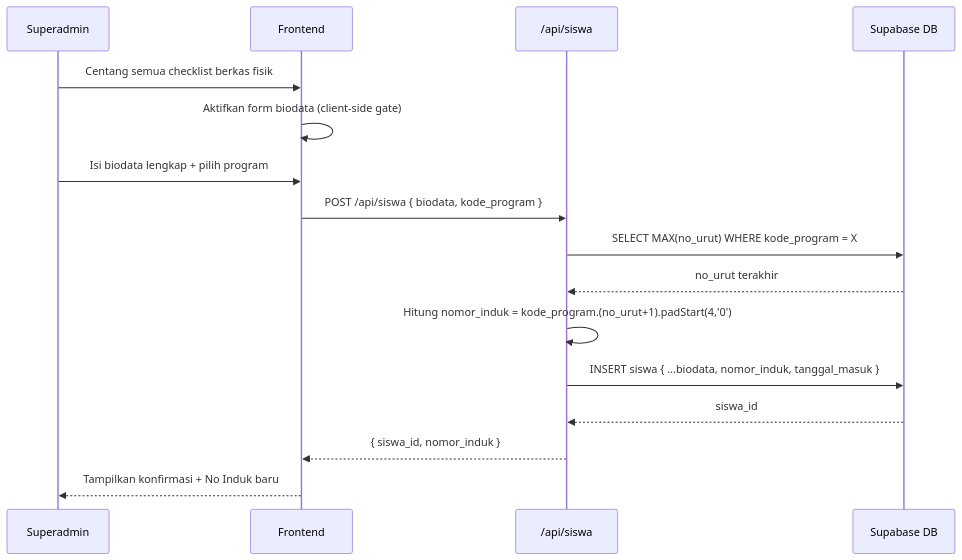
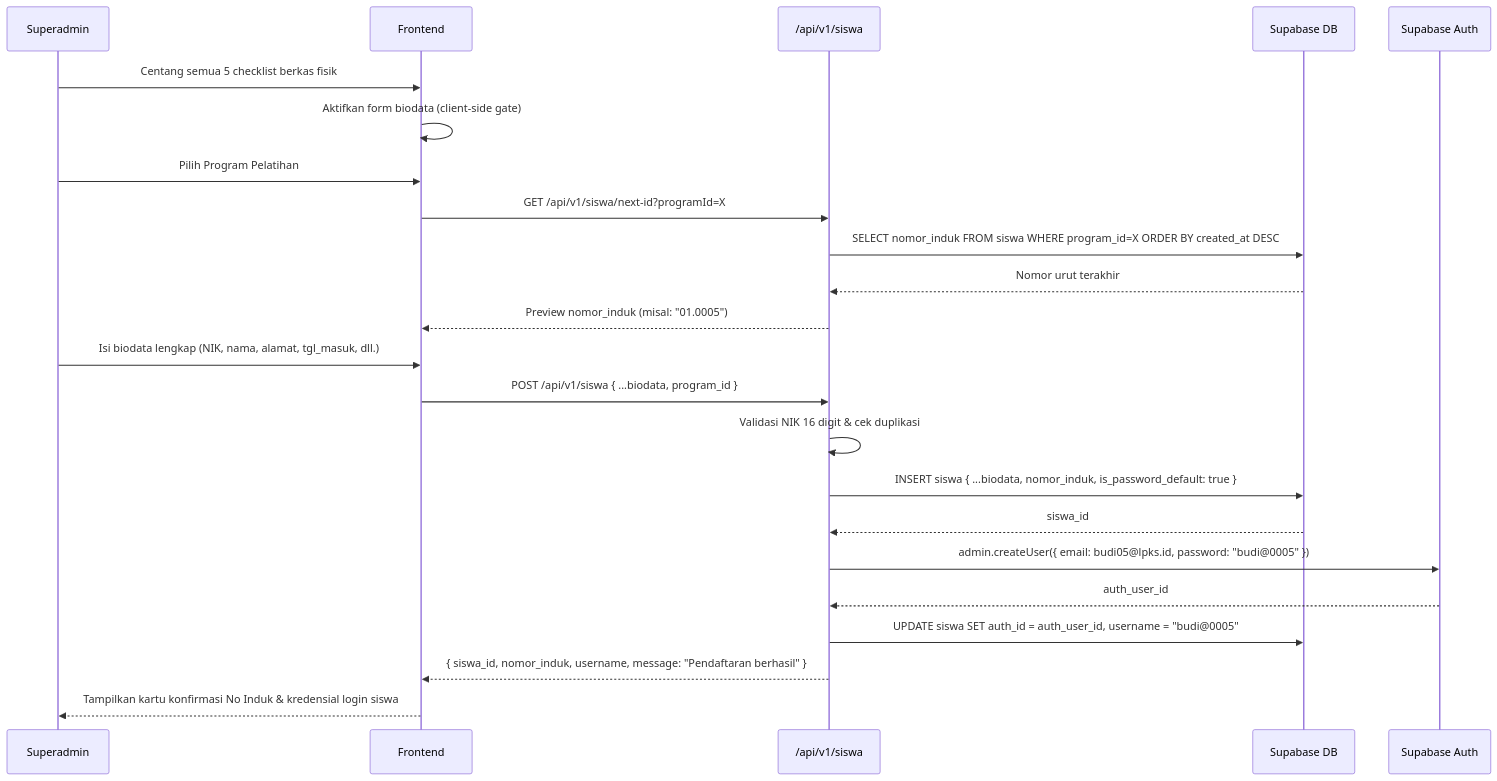
The third of 8 diagrams in docs/design/arsitektur.md (Fawwzrf/lpks_system), drawn with Mermaid before and after one commit. The commit also changed other lines of this file and 23 other files, not shown here.

Commit message:
docs: update all documentation for v1 architecture and untrack graphify-out

````diff
--- a/docs/design/arsitektur.md
+++ b/docs/design/arsitektur.md
@@ -234,19 +274,26 @@
 ```mermaid
 sequenceDiagram
     participant SA as Superadmin
     participant FE as Frontend
-    participant API as /api/siswa
+    participant API as /api/v1/siswa
     participant DB as Supabase DB
+    participant Auth as Supabase Auth
 
-    SA->>FE: Centang semua checklist berkas fisik
+    SA->>FE: Centang semua 5 checklist berkas fisik
     FE->>FE: Aktifkan form biodata (client-side gate)
-    SA->>FE: Isi biodata lengkap + pilih program
-    FE->>API: POST /api/siswa { biodata, kode_program }
-    API->>DB: SELECT MAX(no_urut) WHERE kode_program = X
-    DB-->>API: no_urut terakhir
-    API->>API: Hitung nomor_induk = kode_program.(no_urut+1).padStart(4,'0')
-    API->>DB: INSERT siswa { ...biodata, nomor_induk, tanggal_masuk }
+    SA->>FE: Pilih Program Pelatihan
+    FE->>API: GET /api/v1/siswa/next-id?programId=X
+    API->>DB: SELECT nomor_induk FROM siswa WHERE program_id=X ORDER BY created_at DESC
+    DB-->>API: Nomor urut terakhir
+    API-->>FE: Preview nomor_induk (misal: "01.0005")
+    SA->>FE: Isi biodata lengkap (NIK, nama, alamat, tgl_masuk, dll.)
+    FE->>API: POST /api/v1/siswa { ...biodata, program_id }
+    API->>API: Validasi NIK 16 digit & cek duplikasi
+    API->>DB: INSERT siswa { ...biodata, nomor_induk, is_password_default: true }
     DB-->>API: siswa_id
-    API-->>FE: { siswa_id, nomor_induk }
-    FE-->>SA: Tampilkan konfirmasi + No Induk baru
+    API->>Auth: admin.createUser({ email: budi05@lpks.id, password: "budi@0005" })
+    Auth-->>API: auth_user_id
+    API->>DB: UPDATE siswa SET auth_id = auth_user_id, username = "budi@0005"
+    API-->>FE: { siswa_id, nomor_induk, username, message: "Pendaftaran berhasil" }
+    FE-->>SA: Tampilkan kartu konfirmasi No Induk & kredensial login siswa
 ```
````
